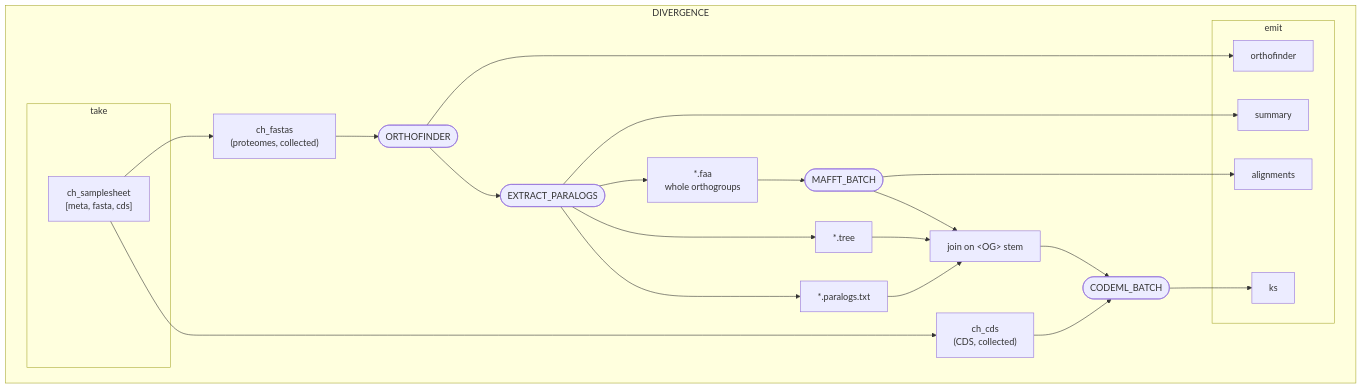
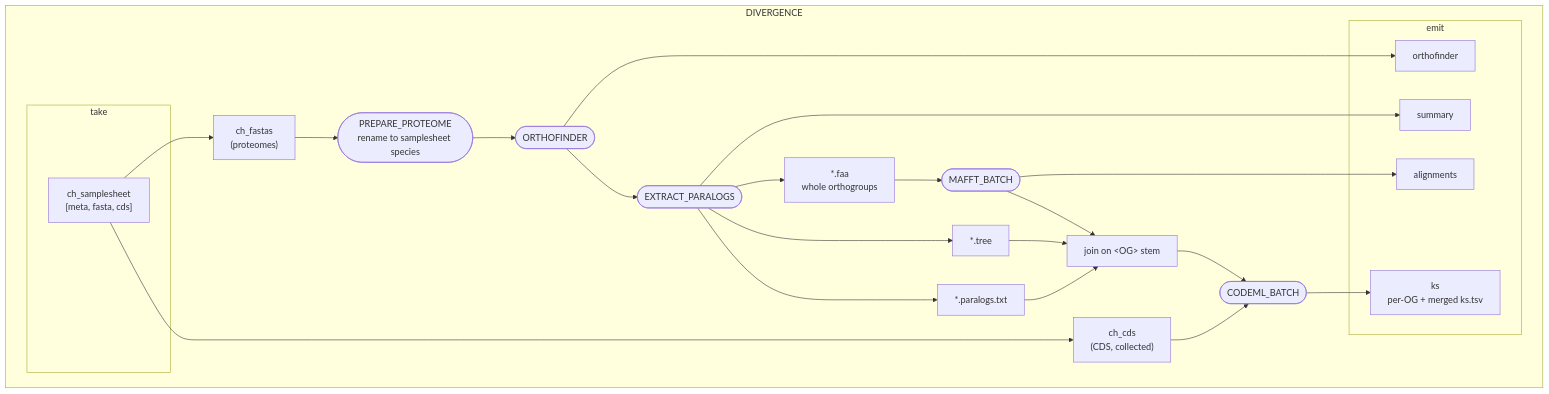
One commit to tdw-89/divergence changed the diagram in diag.md. Above: the diagram before and after it, drawn with Mermaid. The commit also changed other lines of this file and 14 other files, not shown here.

````diff
--- a/diag.md
+++ b/diag.md
@@ -1,48 +1,50 @@
 ```mermaid
 flowchart TB
   subgraph DIVERGENCE
     subgraph take
       v0["ch_samplesheet<br/>[meta, fasta, cds]"]
     end
 
-    v1["ch_fastas<br/>(proteomes, collected)"]
+    v1["ch_fastas<br/>(proteomes)"]
     v2["ch_cds<br/>(CDS, collected)"]
 
+    v3([PREPARE_PROTEOME<br/>rename to samplesheet species])
     v4([ORTHOFINDER])
     v5([EXTRACT_PARALOGS])
 
     v6["*.faa<br/>whole orthogroups"]
     v7["*.tree"]
     v8["*.paralogs.txt"]
 
     v9([MAFFT_BATCH])
     v10["join on &lt;OG&gt; stem"]
     v11([CODEML_BATCH])
 
     subgraph emit
       v20["orthofinder"]
       v21["summary"]
       v22["alignments"]
-      v23["ks"]
+      v23["ks<br/>per-OG + merged ks.tsv"]
     end
 
     v0 --> v1
     v0 --> v2
-    v1 --> v4
+    v1 --> v3
+    v3 --> v4
     v4 --> v5
     v5 --> v6
     v5 --> v7
     v5 --> v8
     v6 --> v9
     v9 --> v10
     v7 --> v10
     v8 --> v10
     v10 --> v11
     v2 --> v11
 
     v4 --> v20
     v5 --> v21
     v9 --> v22
     v11 --> v23
   end
 ```
````
